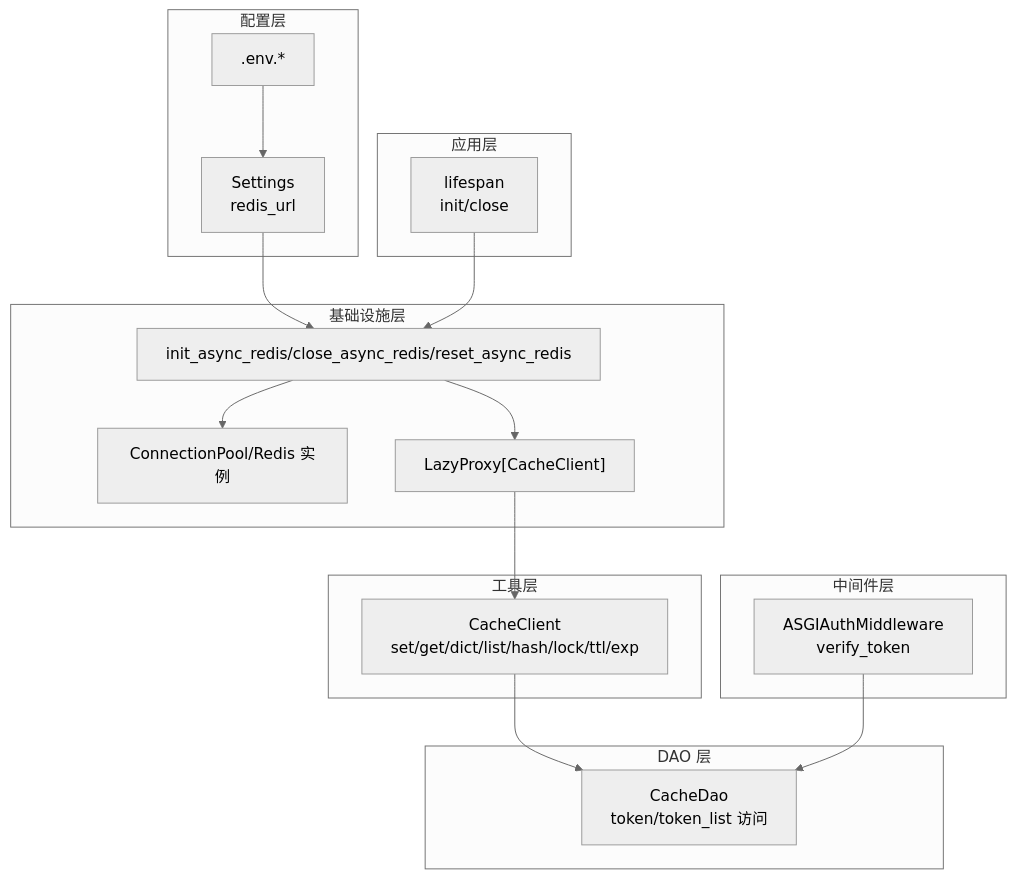
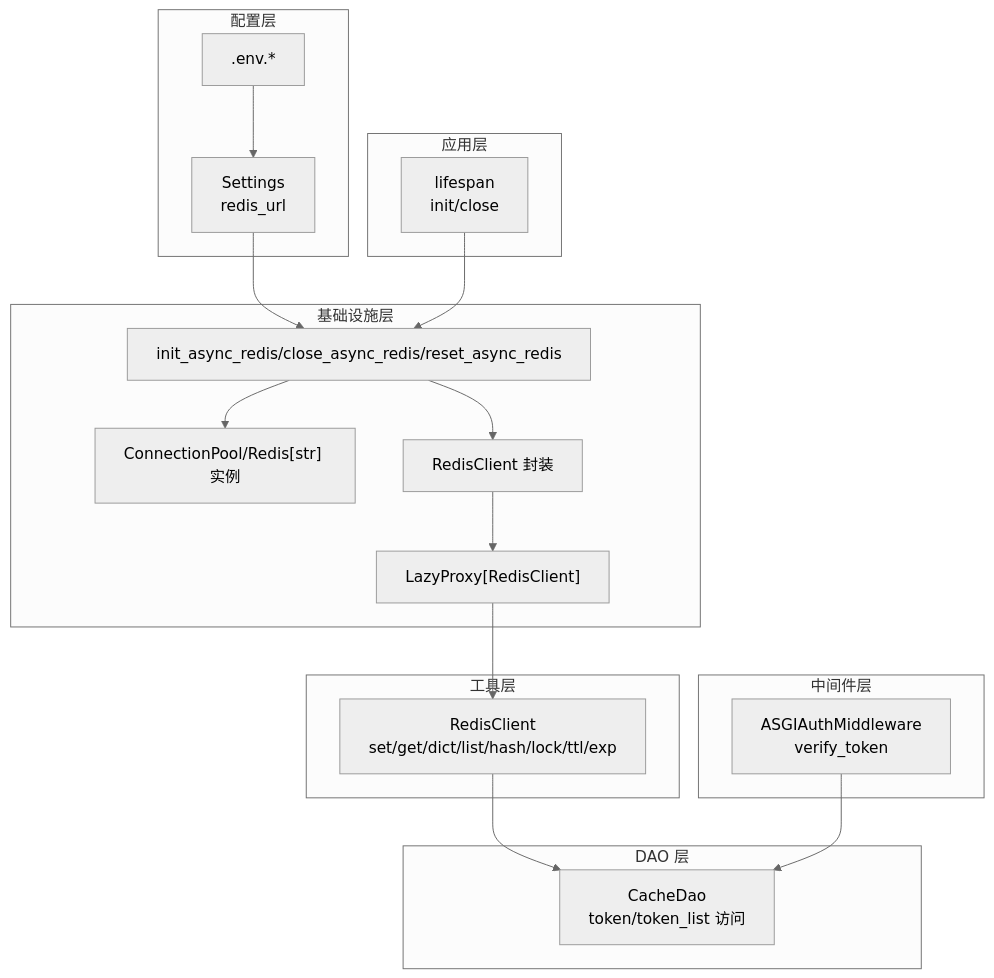
One commit to lilinzezzzzzz/fastapi-backend changed the first of 7 diagrams in .qoder/repowiki/zh/content/缓存系统/缓存系统.md. Above: the diagram before and after it, drawn with Mermaid (neutral theme). The commit also changed other lines of this file and 42 other files, not shown here.

````diff
--- a/.qoder/repowiki/zh/content/缓存系统/缓存系统.md
+++ b/.qoder/repowiki/zh/content/缓存系统/缓存系统.md
@@ -49,32 +57,34 @@
 ```mermaid
 graph TB
 subgraph "配置层"
 CFG["Settings<br/>redis_url"]
 ENV[".env.*"]
 end
 subgraph "基础设施层"
 INF["init_async_redis/close_async_redis/reset_async_redis"]
-POOL["ConnectionPool/Redis 实例"]
-CACHE_PROXY["LazyProxy[CacheClient]"]
+POOL["ConnectionPool/Redis[str] 实例"]
+REDIS_CLIENT["RedisClient 封装"]
+CACHE_PROXY["LazyProxy[RedisClient]"]
 end
 subgraph "工具层"
-CC["CacheClient<br/>set/get/dict/list/hash/lock/ttl/exp"]
+RC["RedisClient<br/>set/get/dict/list/hash/lock/ttl/exp"]
 end
 subgraph "DAO 层"
 CDAO["CacheDao<br/>token/token_list 访问"]
 end
 subgraph "中间件层"
 AUTHMW["ASGIAuthMiddleware<br/>verify_token"]
 end
 subgraph "应用层"
 LIFE["lifespan<br/>init/close"]
 end
 ENV --> CFG
 CFG --> INF
 INF --> POOL
-INF --> CACHE_PROXY
-CACHE_PROXY --> CC
-CC --> CDAO
+INF --> REDIS_CLIENT
+REDIS_CLIENT --> CACHE_PROXY
+CACHE_PROXY --> RC
+RC --> CDAO
 AUTHMW --> CDAO
 LIFE --> INF
 ```
````
